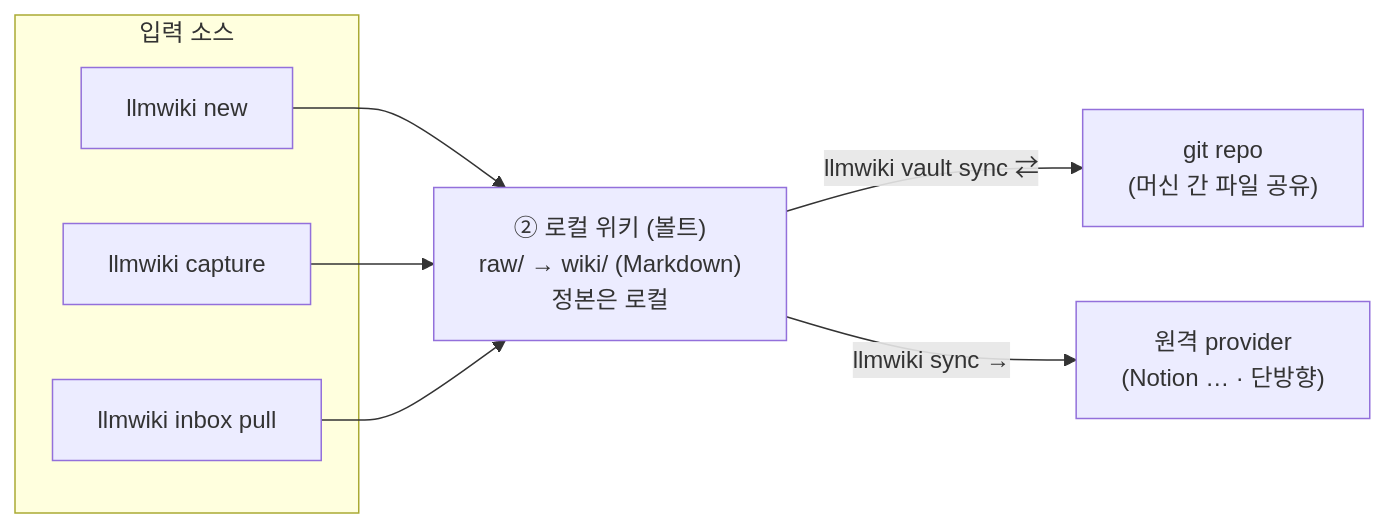
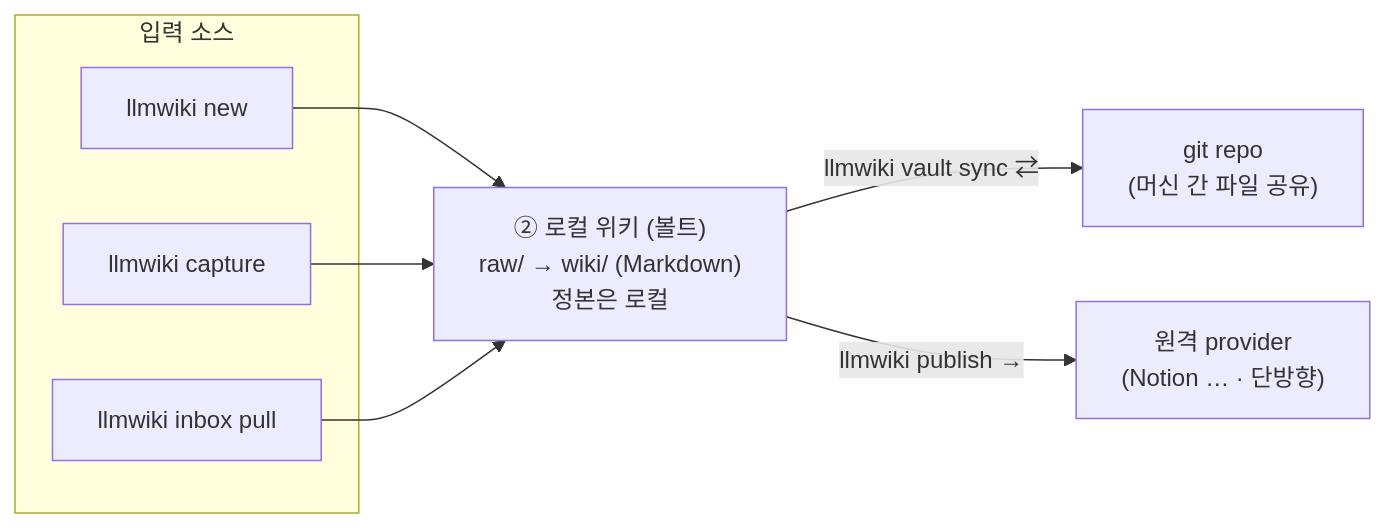
Before and after one commit to Aiden-Jeon/llm-wiki: the diagram in docs/flow.mmd, drawn with Mermaid. The commit also changed 8 other files, not shown here.

First line of the commit message:
refactor: 원격 발행 명령 sync → publish 개명 (두 sync 혼동 제거)

```diff
--- a/docs/flow.mmd
+++ b/docs/flow.mmd
@@ -1,13 +1,13 @@
 flowchart LR
   new["llmwiki new"] --> vault
   capture["llmwiki capture"] --> vault
   inbox["llmwiki inbox pull"] --> vault
   vault["② 로컬 위키 (볼트)<br/>raw/ → wiki/ (Markdown)<br/>정본은 로컬"]
   vault -->|llmwiki vault sync ⇄| git["git repo<br/>(머신 간 파일 공유)"]
-  vault -->|llmwiki sync →| remote["원격 provider<br/>(Notion … · 단방향)"]
+  vault -->|llmwiki publish →| remote["원격 provider<br/>(Notion … · 단방향)"]
 
   subgraph 입력 소스
     new
     capture
     inbox
   end
```
